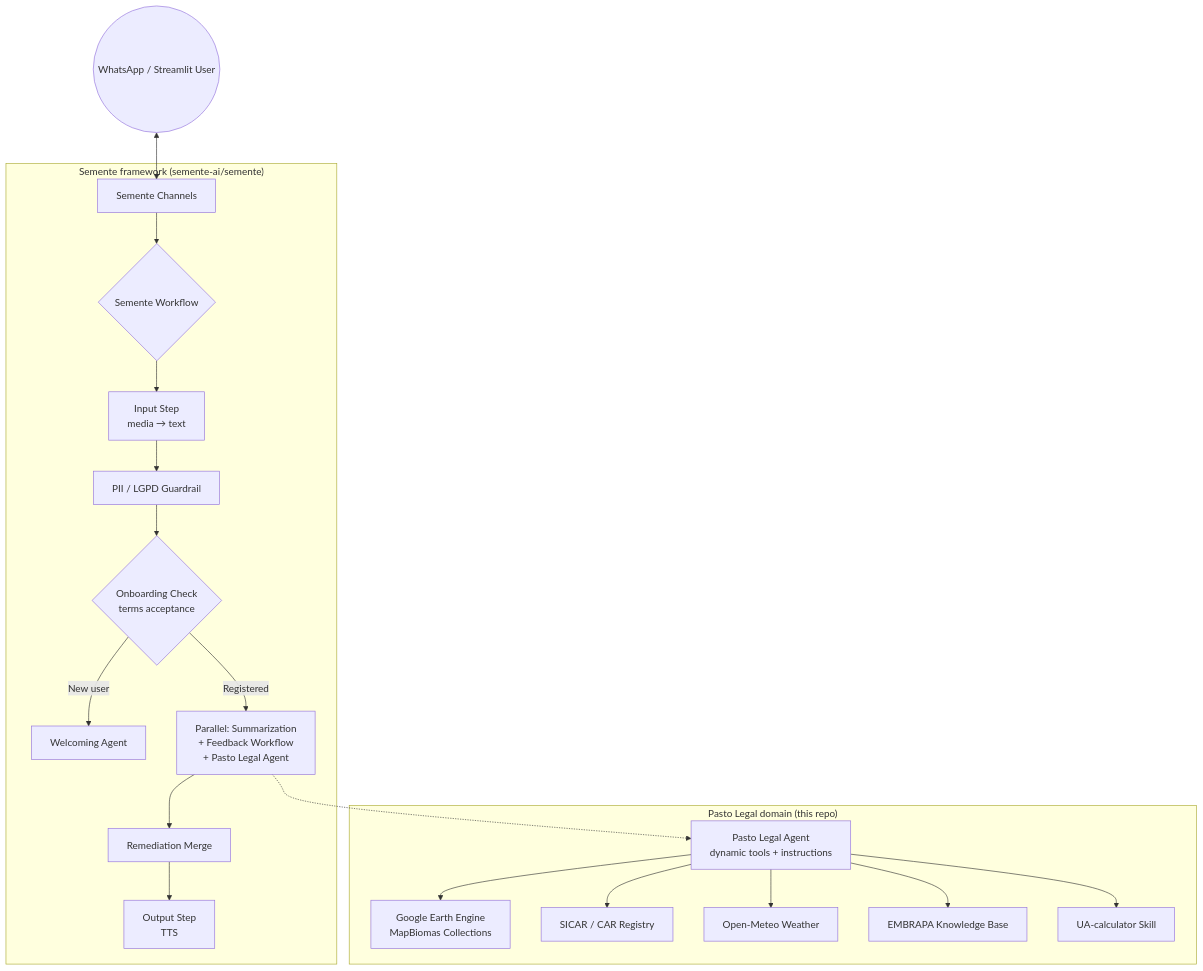
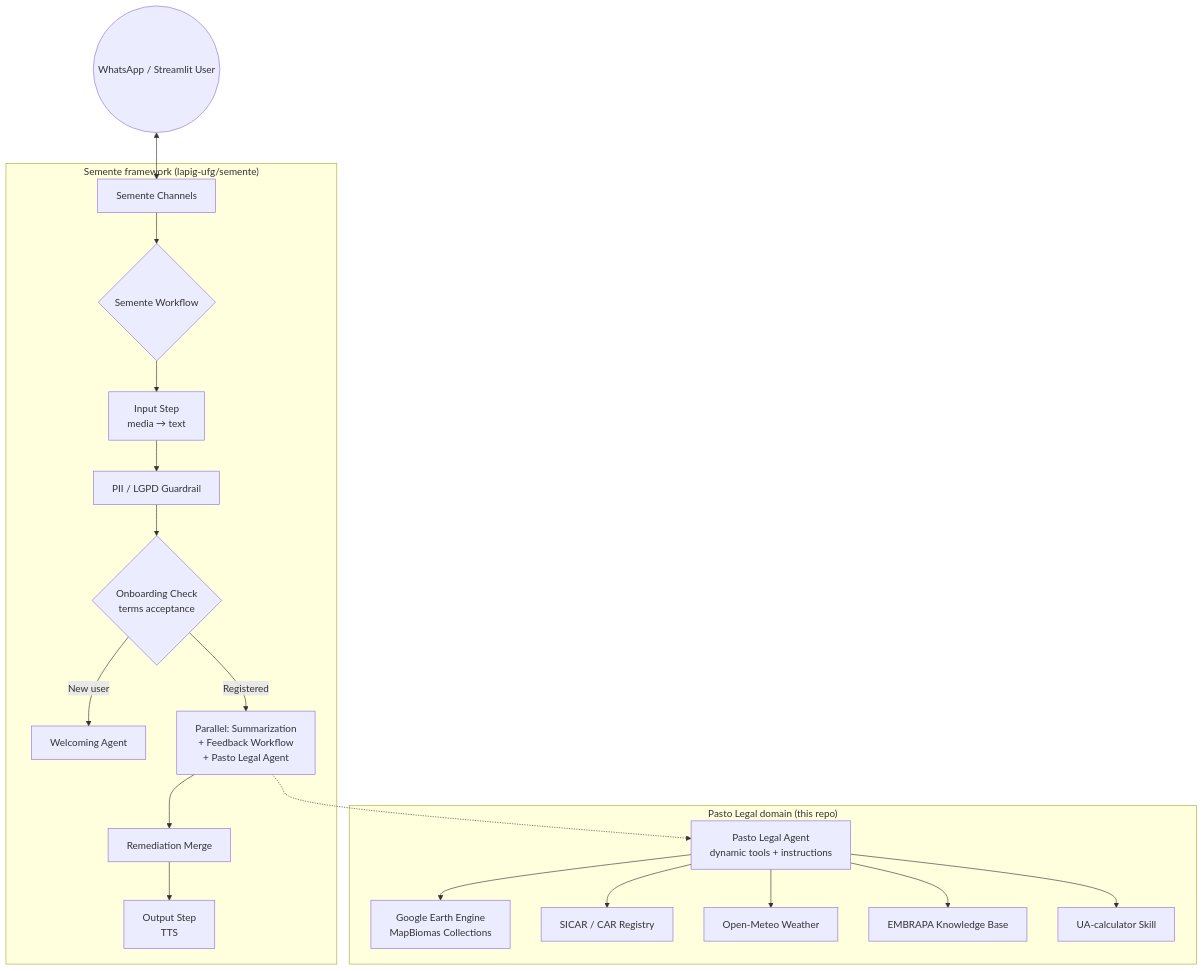
Before and after one commit to lapig-ufg/pasto-legal: the diagram in README.md, drawn with Mermaid. The commit also changed other lines of this file and 10 other files, not shown here.

First line of the commit message:
Switch semente framework to lapig-ufg/semente (develop) as uv git dependency

````diff
--- a/README.md
+++ b/README.md
@@ -82,26 +82,26 @@
 ```mermaid
 graph TD
     User((WhatsApp / Streamlit User)) <--> CH[Semente Channels]
 
-    subgraph Semente["Semente framework (semente-ai/semente)"]
+    subgraph Semente["Semente framework (lapig-ufg/semente)"]
         CH --> WF{Semente Workflow}
         WF --> IN[Input Step<br/>media → text]
         IN --> GR[PII / LGPD Guardrail]
         GR --> OC{Onboarding Check<br/>terms acceptance}
         OC -->|New user| Welcome[Welcoming Agent]
         OC -->|Registered| PAR[Parallel: Summarization<br/>+ Feedback Workflow<br/>+ Pasto Legal Agent]
         PAR --> REM[Remediation Merge]
         REM --> OUT[Output Step<br/>TTS]
     end
 
     subgraph Domain["Pasto Legal domain (this repo)"]
         PL[Pasto Legal Agent<br/>dynamic tools + instructions]
         PL --> GEE[Google Earth Engine<br/>MapBiomas Collections]
         PL --> SICAR[SICAR / CAR Registry]
         PL --> WX[Open-Meteo Weather]
         PL --> KB[EMBRAPA Knowledge Base]
         PL --> SK[UA-calculator Skill]
     end
 
     PAR -.-> PL
 ```
````
